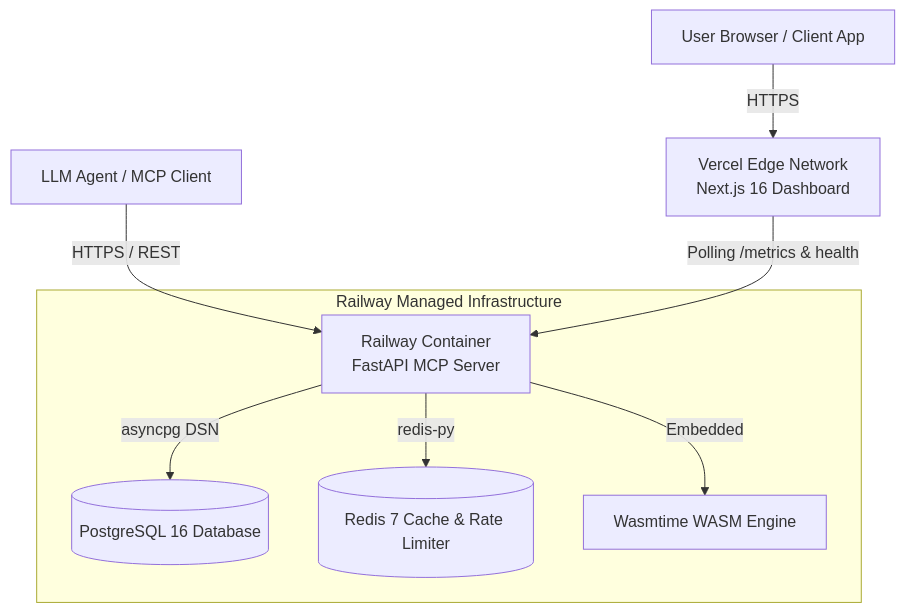
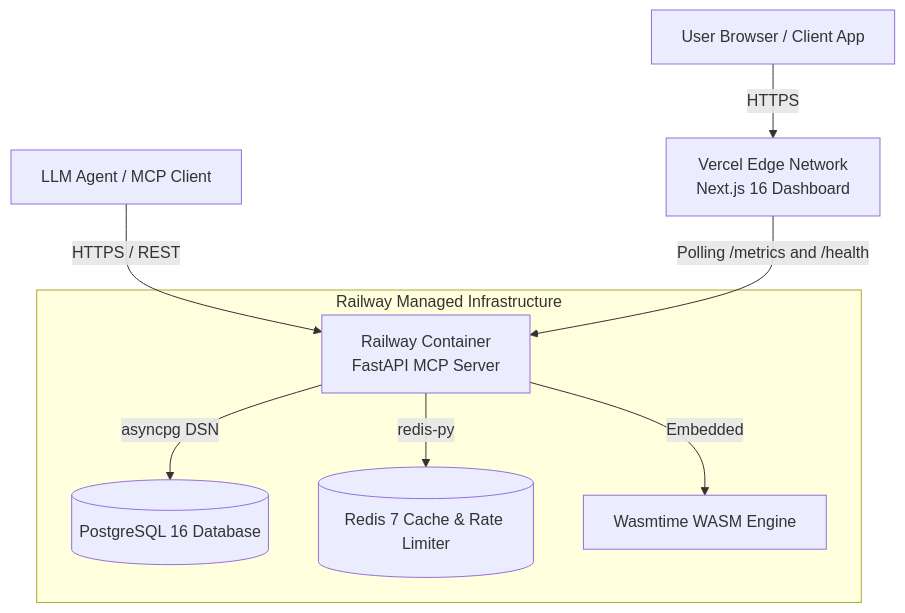
The sixth of 10 diagrams in README.md (adarshthakur9240/Isolyth), drawn with Mermaid before and after one commit. The commit also changed other lines of this file, not shown here.

Commit message:
fix(docs): quote all Mermaid edge labels and clean classDiagram syntax for GitHub rich display

````diff
--- a/README.md
+++ b/README.md
@@ -193,12 +193,12 @@
 ```mermaid
 graph TD
-    UserClient["User Browser / Client App"] -->|HTTPS| Vercel["Vercel Edge Network\nNext.js 16 Dashboard"]
-    AgentClient["LLM Agent / MCP Client"] -->|HTTPS / REST| Railway["Railway Container\nFastAPI MCP Server"]
-    Vercel -->|Polling /metrics & health| Railway
+    UserClient["User Browser / Client App"] -->|"HTTPS"| Vercel["Vercel Edge Network\nNext.js 16 Dashboard"]
+    AgentClient["LLM Agent / MCP Client"] -->|"HTTPS / REST"| Railway["Railway Container\nFastAPI MCP Server"]
+    Vercel -->|"Polling /metrics and /health"| Railway
     
     subgraph RailwayInfra["Railway Managed Infrastructure"]
-        Railway -->|asyncpg DSN| Postgres[("PostgreSQL 16 Database")]
-        Railway -->|redis-py| Redis[("Redis 7 Cache & Rate Limiter")]
-        Railway -->|Embedded| WasmRuntime["Wasmtime WASM Engine"]
+        Railway -->|"asyncpg DSN"| Postgres[("PostgreSQL 16 Database")]
+        Railway -->|"redis-py"| Redis[("Redis 7 Cache & Rate Limiter")]
+        Railway -->|"Embedded"| WasmRuntime["Wasmtime WASM Engine"]
     end
 ```
````
